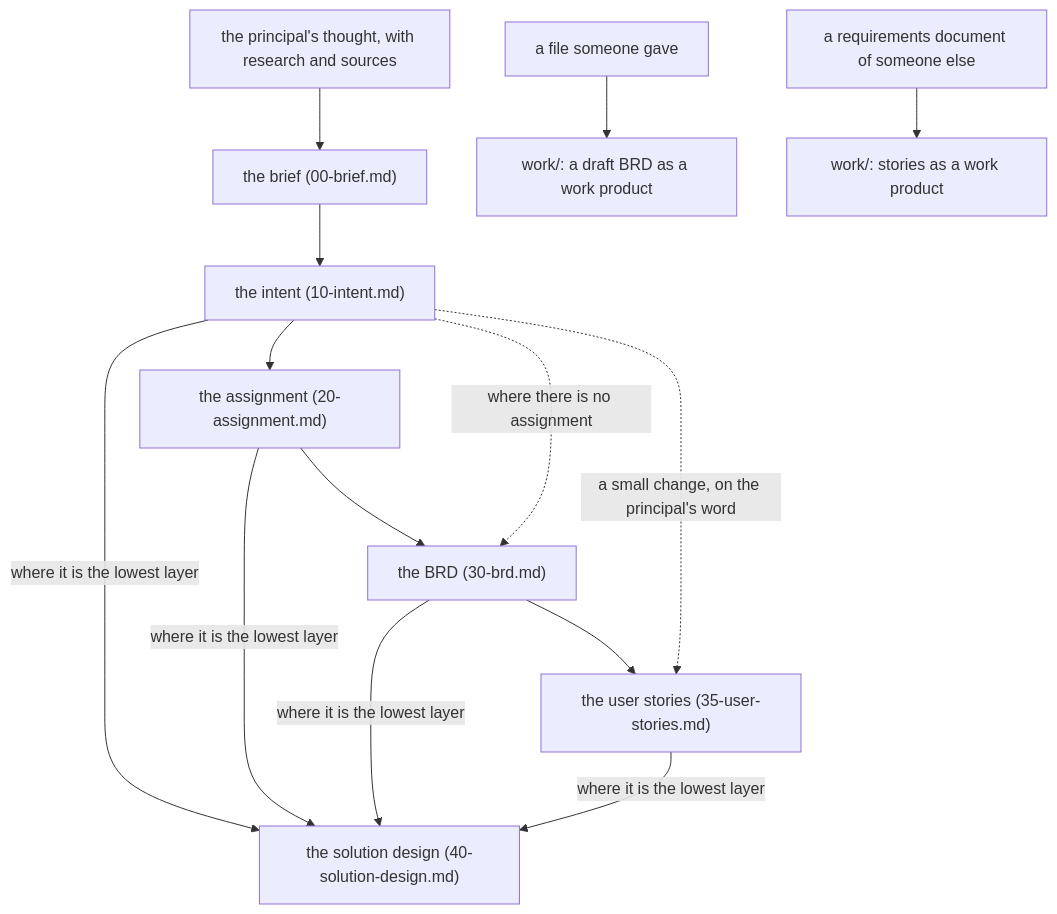
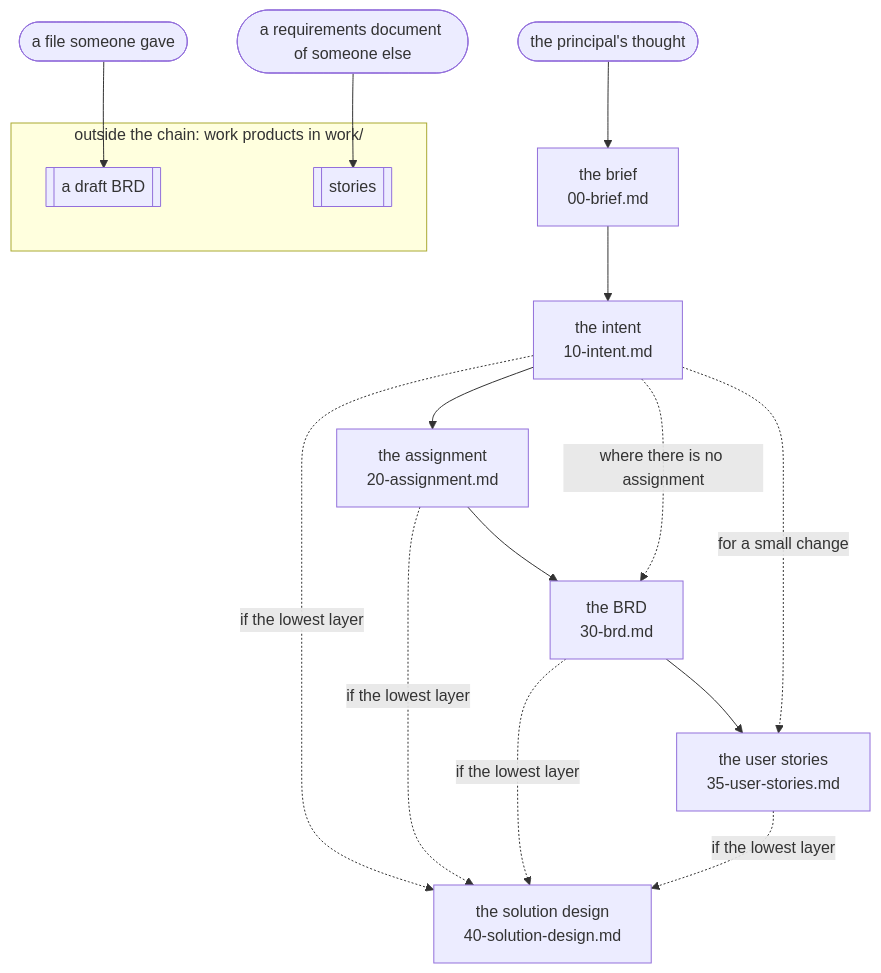
One commit to pche-broken-artist/forge-of-thought changed the diagram in docs/about/the-document-chain.md. Above: the diagram before and after it, drawn with Mermaid. The commit also changed other lines of this file and 113 other files, not shown here.

````diff
--- a/docs/about/the-document-chain.md
+++ b/docs/about/the-document-chain.md
@@ -121,16 +94,31 @@
 ```mermaid
 flowchart TD
-  T["the principal's thought, with research and sources"] --> B["the brief (00-brief.md)"]
-  B --> I["the intent (10-intent.md)"]
-  I --> A["the assignment (20-assignment.md)"]
-  A --> R["the BRD (30-brd.md)"]
-  I -. "where there is no assignment" .-> R
-  R --> U["the user stories (35-user-stories.md)"]
-  I -. "a small change, on the principal's word" .-> U
-  I -- "where it is the lowest layer" --> S["the solution design (40-solution-design.md)"]
-  A -- "where it is the lowest layer" --> S
-  R -- "where it is the lowest layer" --> S
-  U -- "where it is the lowest layer" --> S
-  F["a file someone gave"] --> WB["work/: a draft BRD as a work product"]
-  Q["a requirements document of someone else"] --> WU["work/: stories as a work product"]
+    thought(["the principal's thought"])
+    brief["the brief<br/>00-brief.md"]
+    intent["the intent<br/>10-intent.md"]
+    assignment["the assignment<br/>20-assignment.md"]
+    brd["the BRD<br/>30-brd.md"]
+    stories["the user stories<br/>35-user-stories.md"]
+    design["the solution design<br/>40-solution-design.md"]
+
+    thought --> brief
+    brief --> intent
+    intent --> assignment
+    assignment --> brd
+    intent -. "where there is no assignment" .-> brd
+    brd --> stories
+    intent -. "for a small change" .-> stories
+    intent -. "if the lowest layer" .-> design
+    assignment -. "if the lowest layer" .-> design
+    brd -. "if the lowest layer" .-> design
+    stories -. "if the lowest layer" .-> design
+
+    given(["a file someone gave"])
+    foreign(["a requirements document of someone else"])
+    subgraph outside["outside the chain: work products in work/"]
+        draftbrd[["a draft BRD"]]
+        foreignstories[["stories"]]
+    end
+    given --> draftbrd
+    foreign --> foreignstories
 ```
````
